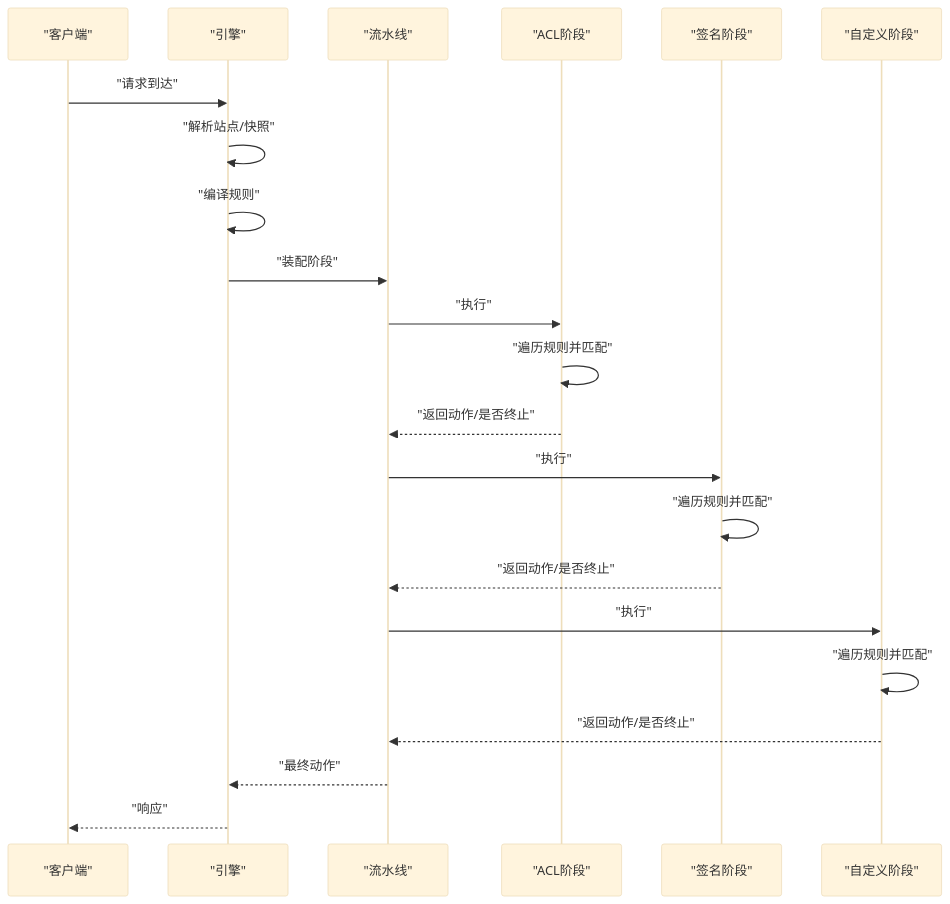
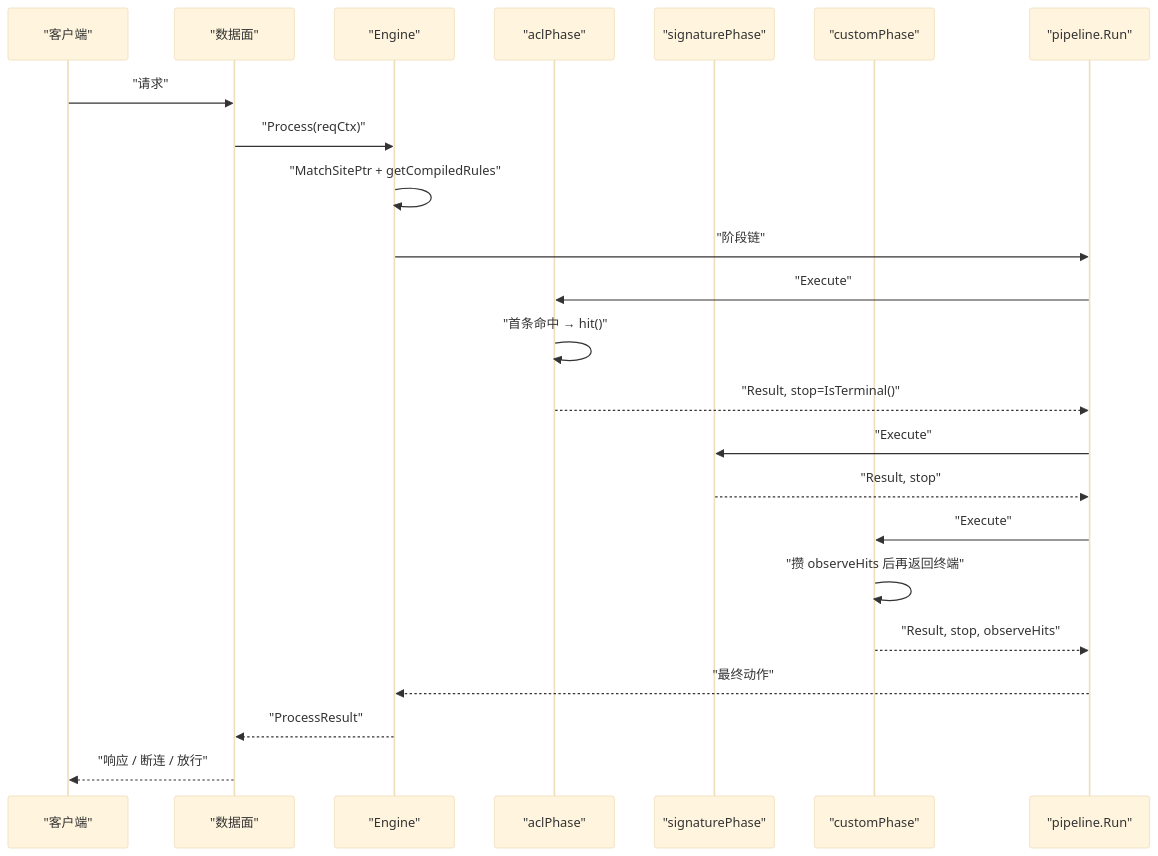
Before and after one commit to x01n/My-OpenWaf: the second of 5 diagrams in docs/安全防护功能/ACL 规则引擎.md, drawn with Mermaid (base theme). The commit also changed other lines of this file and 622 other files, not shown here.

````diff
--- a/docs/安全防护功能/ACL 规则引擎.md
+++ b/docs/安全防护功能/ACL 规则引擎.md
@@ -109,24 +137,25 @@
 ```mermaid
 sequenceDiagram
-participant Client as "客户端"
-participant Engine as "引擎"
-participant Pipe as "流水线"
-participant ACL as "ACL阶段"
-participant Sig as "签名阶段"
-participant Cust as "自定义阶段"
-Client->>Engine : "请求到达"
-Engine->>Engine : "解析站点/快照"
-Engine->>Engine : "编译规则"
-Engine->>Pipe : "装配阶段"
-Pipe->>ACL : "执行"
-ACL->>ACL : "遍历规则并匹配"
-ACL-->>Pipe : "返回动作/是否终止"
-Pipe->>Sig : "执行"
-Sig->>Sig : "遍历规则并匹配"
-Sig-->>Pipe : "返回动作/是否终止"
-Pipe->>Cust : "执行"
-Cust->>Cust : "遍历规则并匹配"
-Cust-->>Pipe : "返回动作/是否终止"
-Pipe-->>Engine : "最终动作"
-Engine-->>Client : "响应"
+participant CL as "客户端"
+participant DP as "数据面"
+participant EN as "Engine"
+participant ACL as "aclPhase"
+participant SIG as "signaturePhase"
+participant CUS as "customPhase"
+participant PL as "pipeline.Run"
+CL->>DP : "请求"
+DP->>EN : "Process(reqCtx)"
+EN->>EN : "MatchSitePtr + getCompiledRules"
+EN->>PL : "阶段链"
+PL->>ACL : "Execute"
+ACL->>ACL : "首条命中 → hit()"
+ACL-->>PL : "Result, stop=IsTerminal()"
+PL->>SIG : "Execute"
+SIG-->>PL : "Result, stop"
+PL->>CUS : "Execute"
+CUS->>CUS : "攒 observeHits 后再返回终端"
+CUS-->>PL : "Result, stop, observeHits"
+PL-->>EN : "最终动作"
+EN-->>DP : "ProcessResult"
+DP-->>CL : "响应 / 断连 / 放行"
 ```
````
